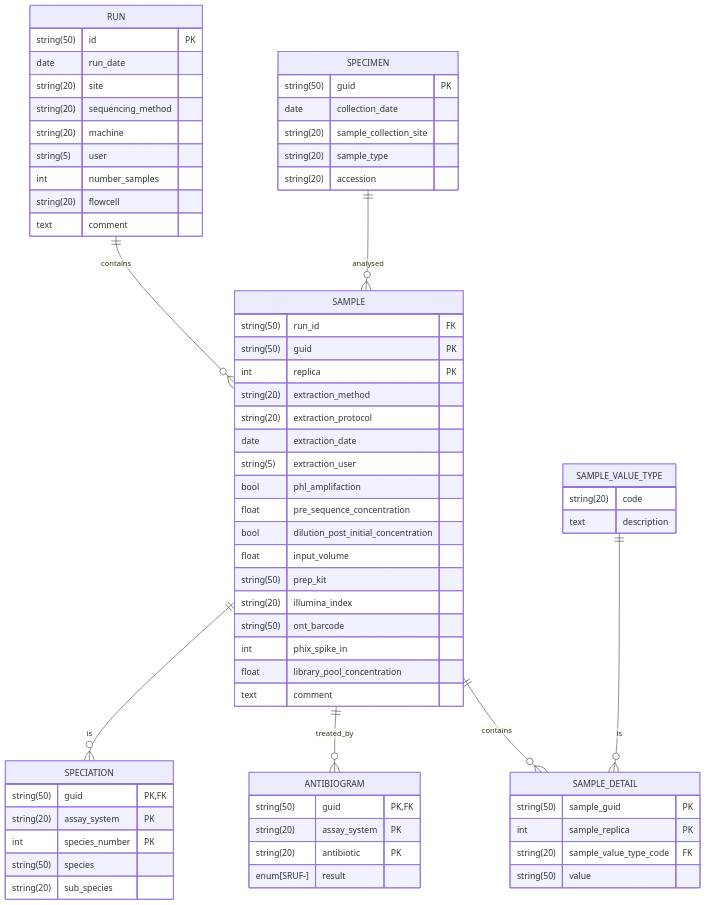
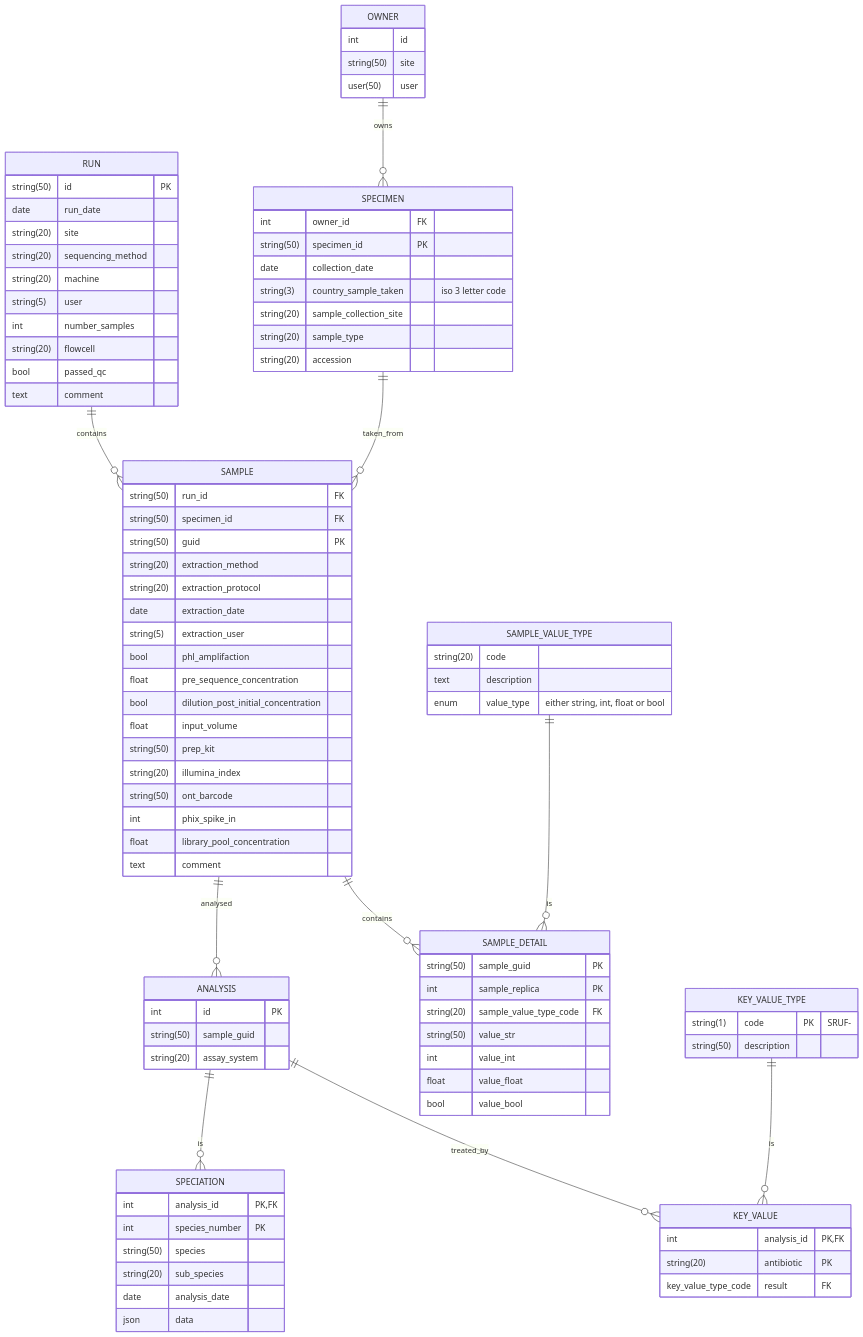
One commit to oxfordmmm/gpas_local_db changed the diagram in docs/database-layout.md. Above: the diagram before and after it, drawn with Mermaid.

Commit message:
Changes to layout of db after meeting with PF and RS

````diff
--- a/docs/database-layout.md
+++ b/docs/database-layout.md
@@ -3,5 +3,11 @@
 ```mermaid
 erDiagram
+    OWNER {
+        int id
+        string(50) site
+        user(50) user
+    }
+
     RUN {
         string(50) id PK
         date run_date
@@ -11,12 +17,15 @@
         string(5) user
         int number_samples
         string(20) flowcell
+        bool passed_qc
         text comment
     }
 
     SPECIMEN {
-        string(50) guid PK
+        int owner_id FK
+        string(50) specimen_id PK
         date collection_date
+        string(3) country_sample_taken "iso 3 letter code"
         string(20) sample_collection_site
         string(20) sample_type
         string(20) accession
@@ -24,8 +33,8 @@
 
     SAMPLE {
         string(50) run_id FK
+        string(50) specimen_id FK
         string(50) guid PK
-        int replica PK
         string(20) extraction_method
         string(20) extraction_protocol
         date extraction_date
@@ -46,33 +55,51 @@
         string(50) sample_guid PK
         int sample_replica PK
         string(20) sample_value_type_code FK
-        string(50) value
+        string(50) value_str
+        int value_int
+        float value_float
+        bool value_bool
     }
 
     SAMPLE_VALUE_TYPE {
         string(20) code
         text description
+        enum value_type "either string, int, float or bool"
+    }
+
+    ANALYSIS {
+        int id PK
+        string(50) sample_guid
+        string(20) assay_system
     }
 
     SPECIATION {
-        string(50) guid PK, FK
-        string(20) assay_system PK
+        int analysis_id PK, FK
         int species_number PK
         string(50) species
         string(20) sub_species
+        date analysis_date
+        json data
     }
 
-    ANTIBIOGRAM {
-        string(50) guid PK, FK
-        string(20) assay_system PK
+    KEY_VALUE {
+        int analysis_id PK, FK
         string(20) antibiotic PK
-        enum[SRUF-] result
+        key_value_type_code result FK
+    }
+
+    KEY_VALUE_TYPE {
+        string(1) code PK "SRUF-"
+        string(50) description
     }
 
     RUN ||--o{ SAMPLE : contains
-    SPECIMEN ||--o{ SAMPLE : analysed
-    SAMPLE ||--o{ SPECIATION : is
-    SAMPLE ||--o{ ANTIBIOGRAM : treated_by
+    OWNER ||--o{ SPECIMEN : owns
+    SPECIMEN ||--o{ SAMPLE : taken_from
+    SAMPLE ||--o{ ANALYSIS : analysed
+    ANALYSIS ||--o{ SPECIATION : is
+    ANALYSIS ||--o{ KEY_VALUE : treated_by
+    KEY_VALUE_TYPE ||--o{ KEY_VALUE : is
     SAMPLE ||--o{ SAMPLE_DETAIL: contains
     SAMPLE_VALUE_TYPE ||--o{ SAMPLE_DETAIL: is
 ```
````
